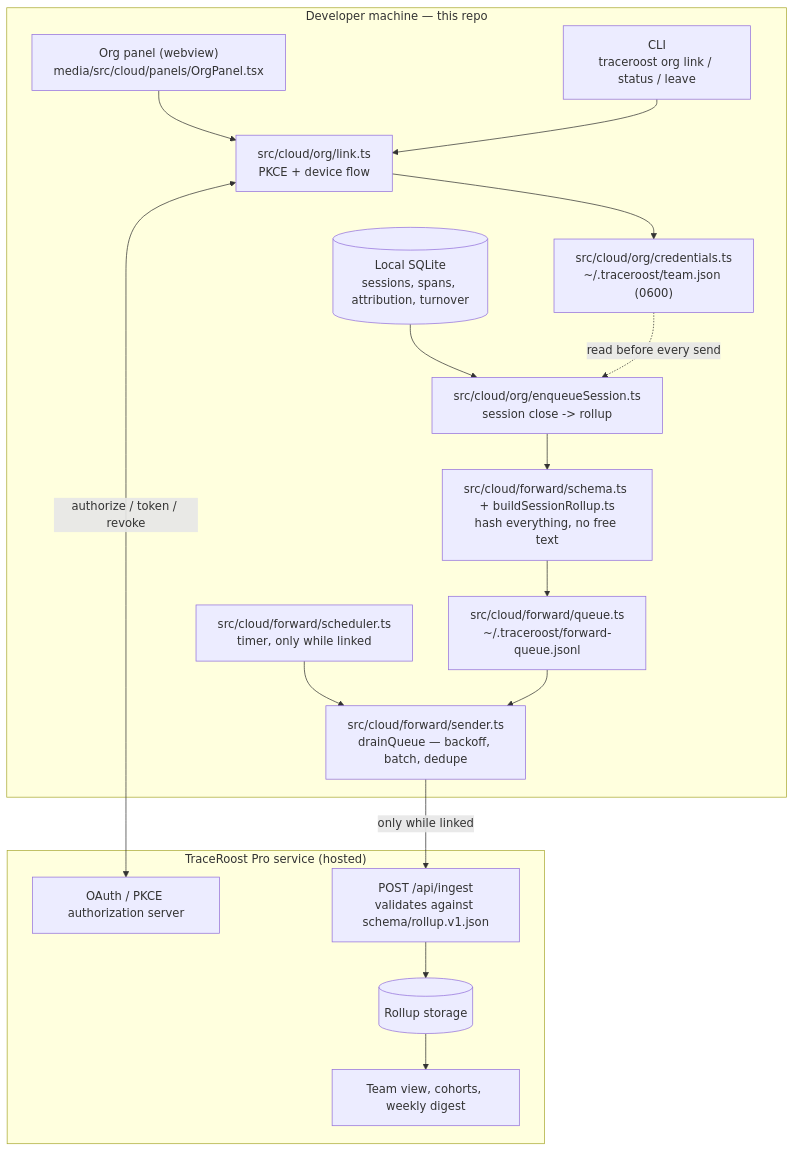
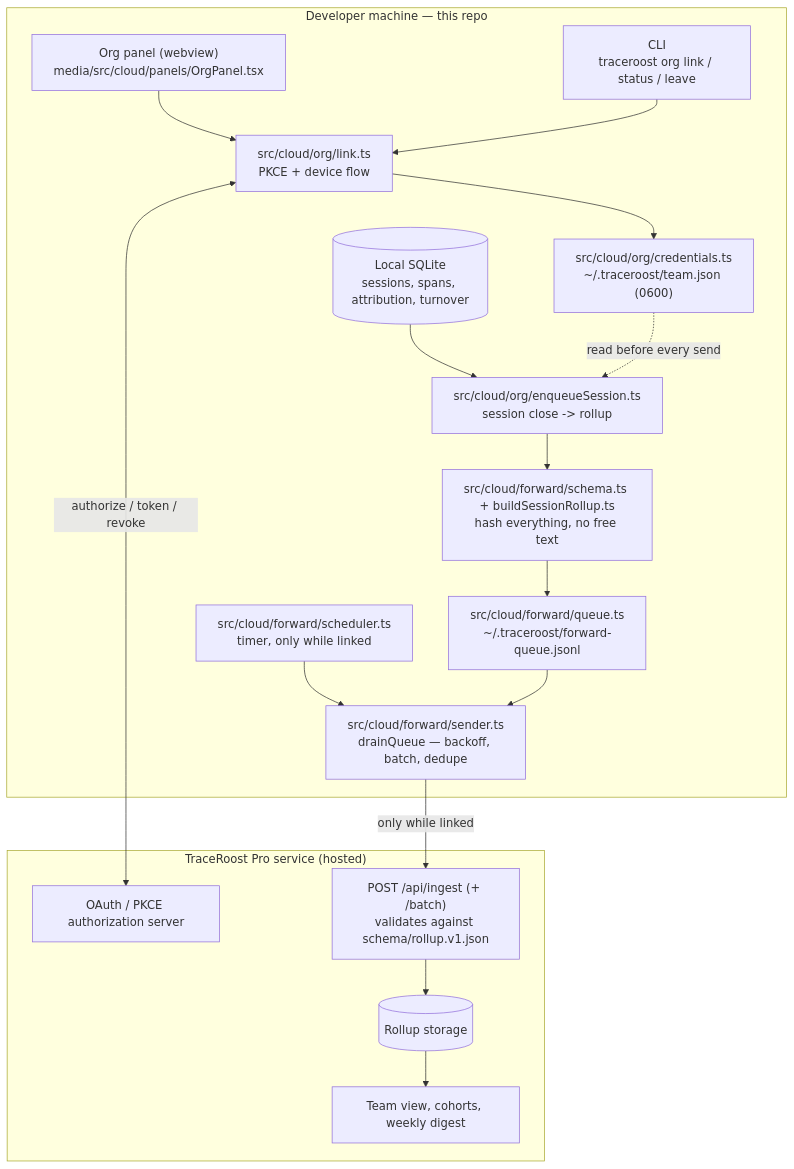
Before and after one commit to traceroost/core: the first of 2 diagrams in CLOUD_ARCHITECTURE.md, drawn with Mermaid. The commit also changed other lines of this file and 26 other files, not shown here.

````diff
--- a/CLOUD_ARCHITECTURE.md
+++ b/CLOUD_ARCHITECTURE.md
@@ -32,34 +32,34 @@
 ```mermaid
 graph TB
     subgraph Machine["Developer machine — this repo"]
         PANEL["Org panel (webview)<br/>media/src/cloud/panels/OrgPanel.tsx"]
         CLI["CLI<br/>traceroost org link / status / leave"]
         LINK["src/cloud/org/link.ts<br/>PKCE + device flow"]
         CRED["src/cloud/org/credentials.ts<br/>~/.traceroost/team.json (0600)"]
         ENQ["src/cloud/org/enqueueSession.ts<br/>session close -> rollup"]
         SCHEMA["src/cloud/forward/schema.ts + buildSessionRollup.ts<br/>hash everything, no free text"]
         QUEUE["src/cloud/forward/queue.ts<br/>~/.traceroost/forward-queue.jsonl"]
         SCHED["src/cloud/forward/scheduler.ts<br/>timer, only while linked"]
         SEND["src/cloud/forward/sender.ts<br/>drainQueue — backoff, batch, dedupe"]
         LOCAL[("Local SQLite<br/>sessions, spans, attribution, turnover")]
     end
 
     subgraph Service["TraceRoost Pro service (hosted)"]
         OAUTH["OAuth / PKCE authorization server"]
-        INGEST["POST /api/ingest<br/>validates against schema/rollup.v1.json"]
+        INGEST["POST /api/ingest (+ /batch)<br/>validates against schema/rollup.v1.json"]
         STORE[("Rollup storage")]
         VIEWS["Team view, cohorts, weekly digest"]
     end
 
     PANEL --> LINK
     CLI --> LINK
     LINK <-->|"authorize / token / revoke"| OAUTH
     LINK --> CRED
     LOCAL --> ENQ
     CRED -.->|"read before every send"| ENQ
     ENQ --> SCHEMA --> QUEUE
     SCHED --> SEND
     QUEUE --> SEND
     SEND -->|"only while linked"| INGEST
     INGEST --> STORE --> VIEWS
 ```
````
